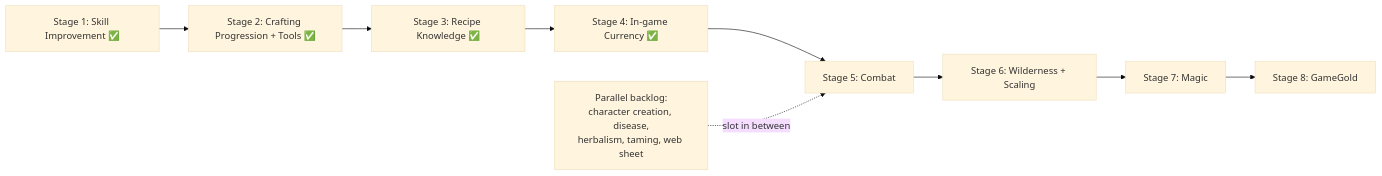
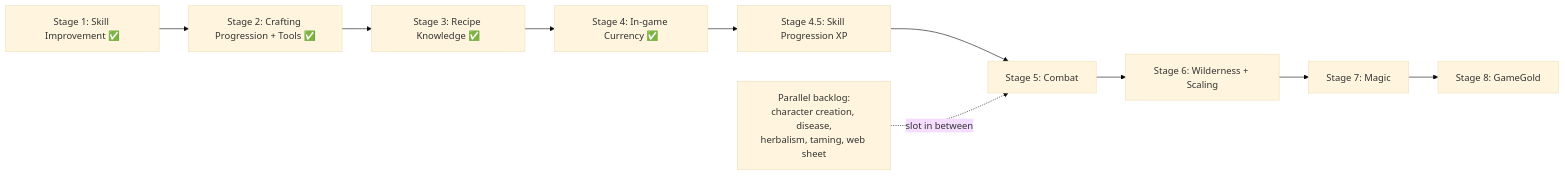
One commit to G0dlet/PolishedWorld changed the diagram in docs/roadmap.md. Above: the diagram before and after it, drawn with Mermaid (base theme). The commit also changed other lines of this file, not shown here.

Commit message:
docs(roadmap): Rev 14 — Stage 4.5 skill progression (XP), supersedes Stage 1 pacing decision

````diff
--- a/docs/roadmap.md
+++ b/docs/roadmap.md
@@ -82,11 +83,12 @@
 ```mermaid
 graph LR
     S1[Stage 1: Skill Improvement ✅] --> S2[Stage 2: Crafting Progression + Tools ✅]
     S2 --> S3[Stage 3: Recipe Knowledge ✅]
     S3 --> S4[Stage 4: In-game Currency ✅]
-    S4 --> S5[Stage 5: Combat]
+    S4 --> S45[Stage 4.5: Skill Progression XP]
+    S45 --> S5[Stage 5: Combat]
     S5 --> S6[Stage 6: Wilderness + Scaling]
     S6 --> S7[Stage 7: Magic]
     S7 --> S8[Stage 8: GameGold]
     P[Parallel backlog:<br/>character creation, disease,<br/>herbalism, taming, web sheet] -.slot in between.-> S5
 ```
````
